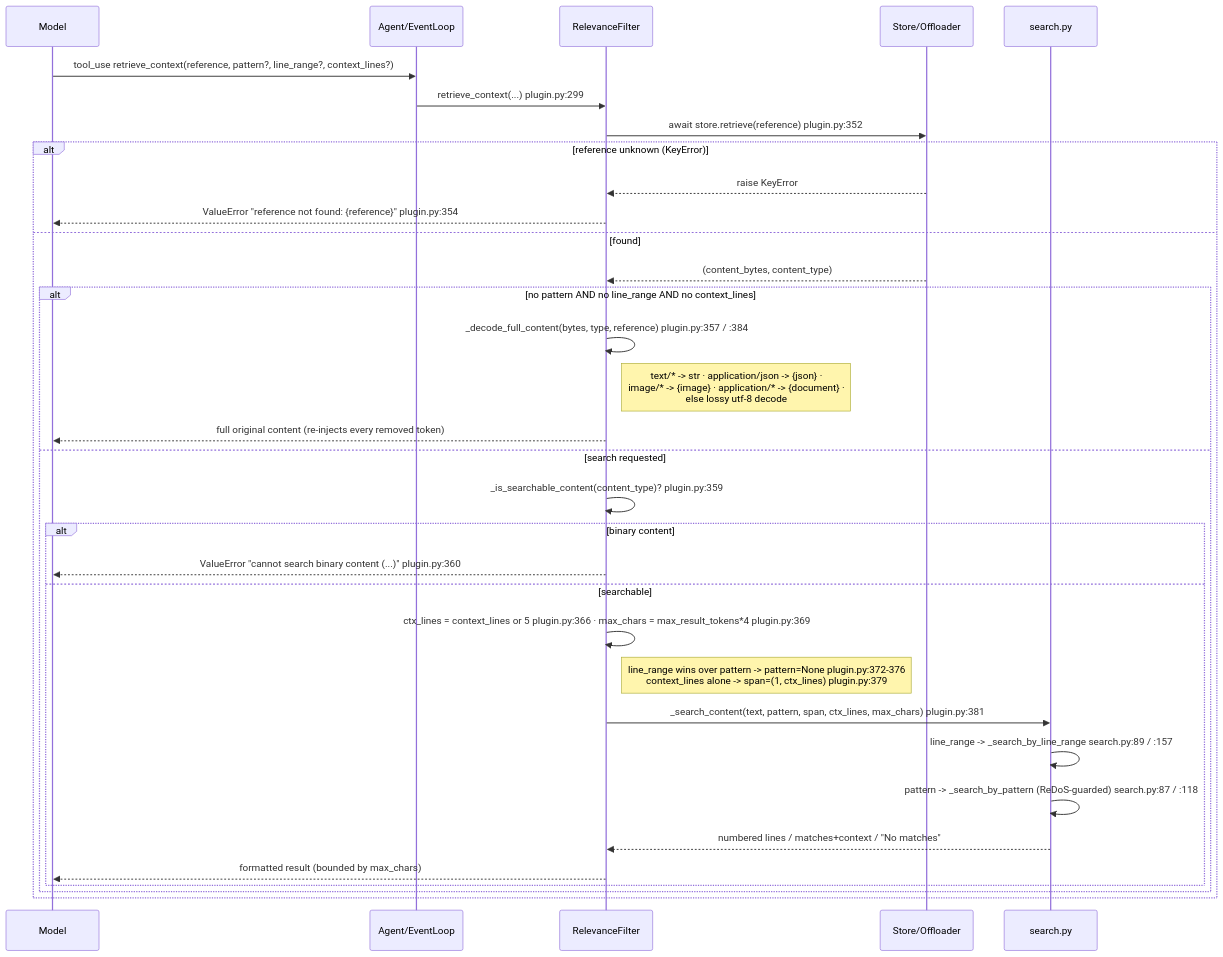
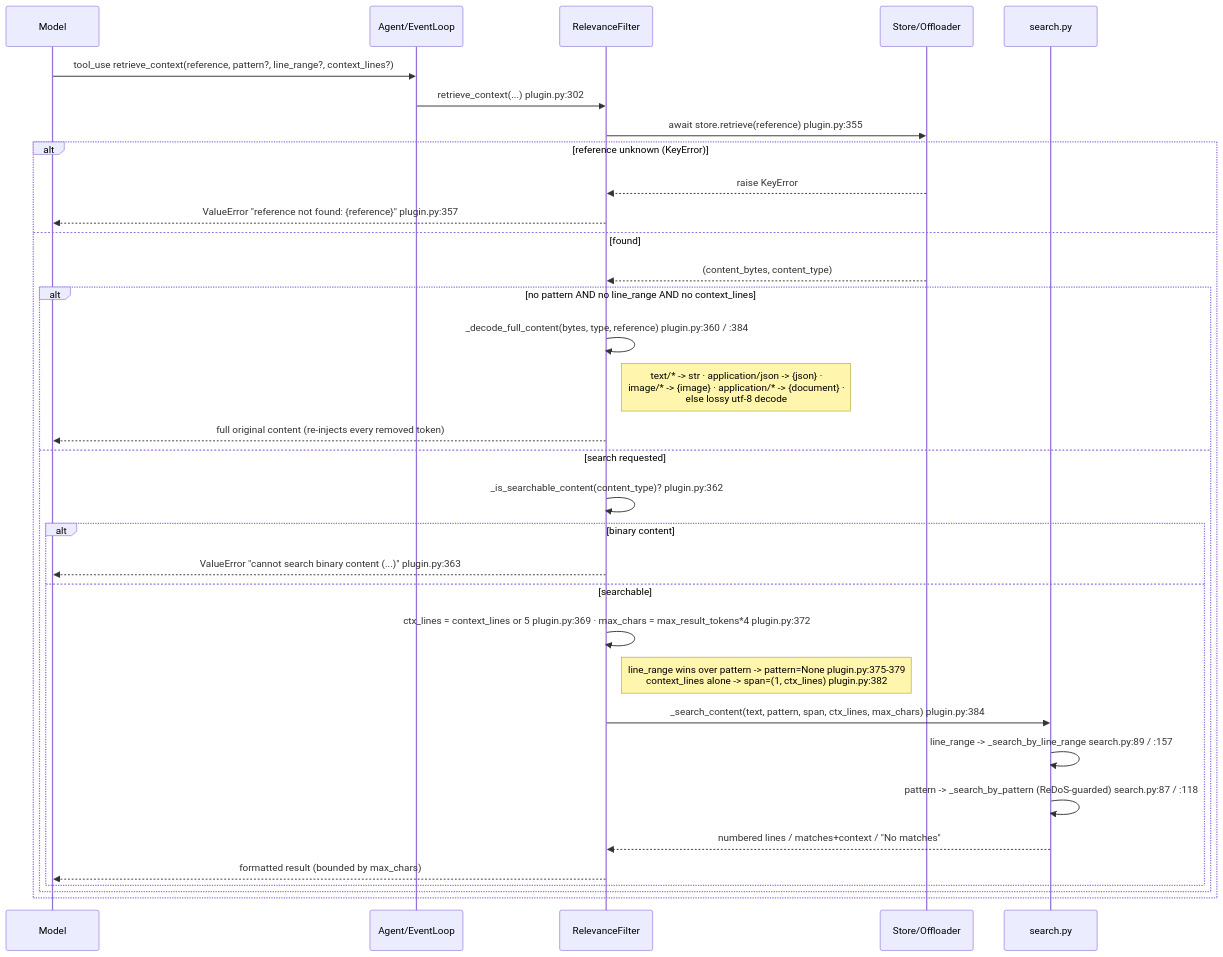
Before and after one commit to aws-samples/sample-context-engineering: the third of 3 diagrams in docs/design/sequence/sequence-a-relevance-filtering.md, drawn with Mermaid. The commit also changed other lines of this file and 2 other files, not shown here.

````diff
--- a/docs/design/sequence/sequence-a-relevance-filtering.md
+++ b/docs/design/sequence/sequence-a-relevance-filtering.md
@@ -158,37 +167,37 @@
 ```mermaid
 sequenceDiagram
     participant Model
     participant Agent as Agent/EventLoop
     participant RF as RelevanceFilter
     participant Store as Store/Offloader
     participant Search as search.py
 
     Model->>Agent: tool_use retrieve_context(reference, pattern?, line_range?, context_lines?)
-    Agent->>RF: retrieve_context(...)  plugin.py:299
-    RF->>Store: await store.retrieve(reference)  plugin.py:352
+    Agent->>RF: retrieve_context(...)  plugin.py:302
+    RF->>Store: await store.retrieve(reference)  plugin.py:355
     alt reference unknown (KeyError)
         Store-->>RF: raise KeyError
-        RF-->>Model: ValueError "reference not found: {reference}"  plugin.py:354
+        RF-->>Model: ValueError "reference not found: {reference}"  plugin.py:357
     else found
         Store-->>RF: (content_bytes, content_type)
 
         alt no pattern AND no line_range AND no context_lines
-            RF->>RF: _decode_full_content(bytes, type, reference)  plugin.py:357 / :384
+            RF->>RF: _decode_full_content(bytes, type, reference)  plugin.py:360 / :384
             Note right of RF: text/* -> str · application/json -> {json} ·<br/>image/* -> {image} · application/* -> {document} ·<br/>else lossy utf-8 decode
             RF-->>Model: full original content (re-injects every removed token)
         else search requested
-            RF->>RF: _is_searchable_content(content_type)?  plugin.py:359
+            RF->>RF: _is_searchable_content(content_type)?  plugin.py:362
             alt binary content
-                RF-->>Model: ValueError "cannot search binary content (...)"  plugin.py:360
+                RF-->>Model: ValueError "cannot search binary content (...)"  plugin.py:363
             else searchable
-                RF->>RF: ctx_lines = context_lines or 5  plugin.py:366 · max_chars = max_result_tokens*4  plugin.py:369
-                Note right of RF: line_range wins over pattern -> pattern=None  plugin.py:372-376<br/>context_lines alone -> span=(1, ctx_lines)  plugin.py:379
-                RF->>Search: _search_content(text, pattern, span, ctx_lines, max_chars)  plugin.py:381
+                RF->>RF: ctx_lines = context_lines or 5  plugin.py:369 · max_chars = max_result_tokens*4  plugin.py:372
+                Note right of RF: line_range wins over pattern -> pattern=None  plugin.py:375-379<br/>context_lines alone -> span=(1, ctx_lines)  plugin.py:382
+                RF->>Search: _search_content(text, pattern, span, ctx_lines, max_chars)  plugin.py:384
                 Search->>Search: line_range -> _search_by_line_range  search.py:89 / :157
                 Search->>Search: pattern -> _search_by_pattern (ReDoS-guarded)  search.py:87 / :118
                 Search-->>RF: numbered lines / matches+context / "No matches"
                 RF-->>Model: formatted result (bounded by max_chars)
             end
         end
     end
 ```
````
